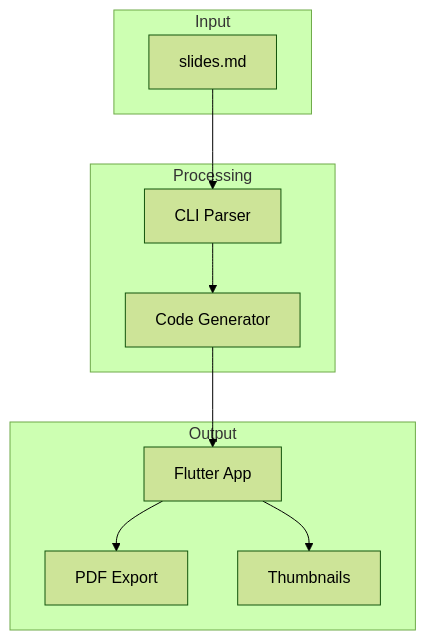
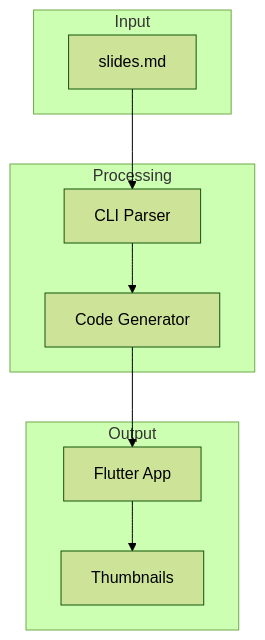
Before and after one commit to btwld/superdeck: the third of 3 diagrams in demo/slides.md, drawn with Mermaid (forest theme). The commit also changed other lines of this file and 62 other files, not shown here.

````diff
--- a/demo/slides.md
+++ b/demo/slides.md
@@ -335,23 +329,21 @@
 ```mermaid
 graph TB
     subgraph Input
         A[slides.md]
     end
 
     subgraph Processing
         C[CLI Parser]
         D[Code Generator]
     end
 
     subgraph Output
         E[Flutter App]
-        F[PDF Export]
         G[Thumbnails]
     end
 
     A --> C
     C --> D
     D --> E
-    E --> F
     E --> G
 ```
````
